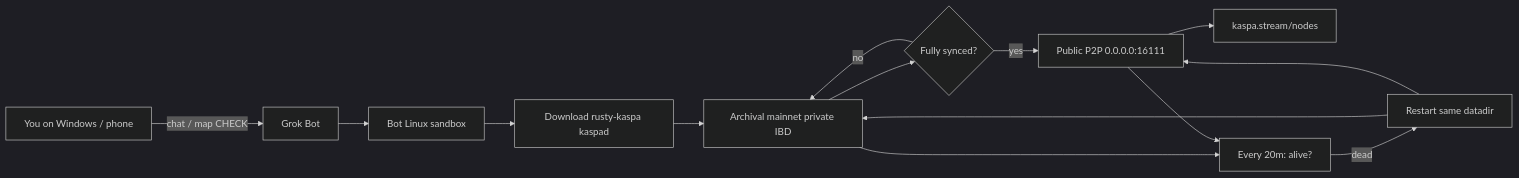
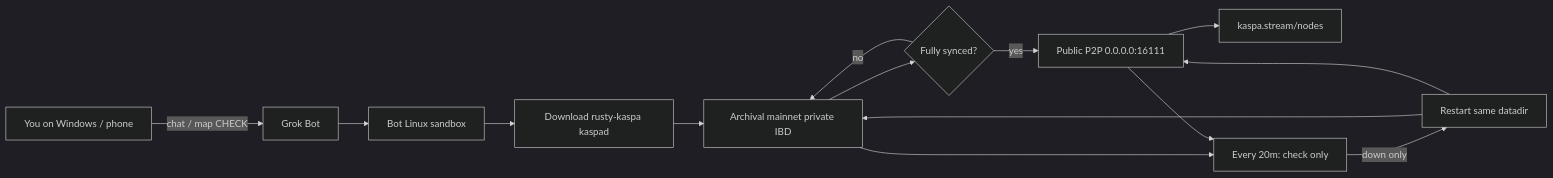
The diagram in README.md (STP-KAS/Xai.Kaspa.node), drawn with Mermaid (dark theme) before and after one commit. The commit also changed other lines of this file and 1 other file, not shown here.

Commit message:
Keep-alive: check only; restart only if down

````diff
--- a/README.md
+++ b/README.md
@@ -63,16 +64,16 @@
 ```mermaid
 flowchart LR
   U[You on Windows / phone] -->|chat / map CHECK| G[Grok Bot]
   G --> L[Bot Linux sandbox]
   L --> B[Download rusty-kaspa kaspad]
   B --> C[Archival mainnet private IBD]
   C --> D{Fully synced?}
   D -->|no| C
   D -->|yes| E[Public P2P 0.0.0.0:16111]
   E --> F[kaspa.stream/nodes]
-  C --> K[Every 20m: alive?]
+  C --> K[Every 20m: check only]
   E --> K
-  K -->|dead| H[Restart same datadir]
+  K -->|down only| H[Restart same datadir]
   H --> C
   H --> E
 ```
````
